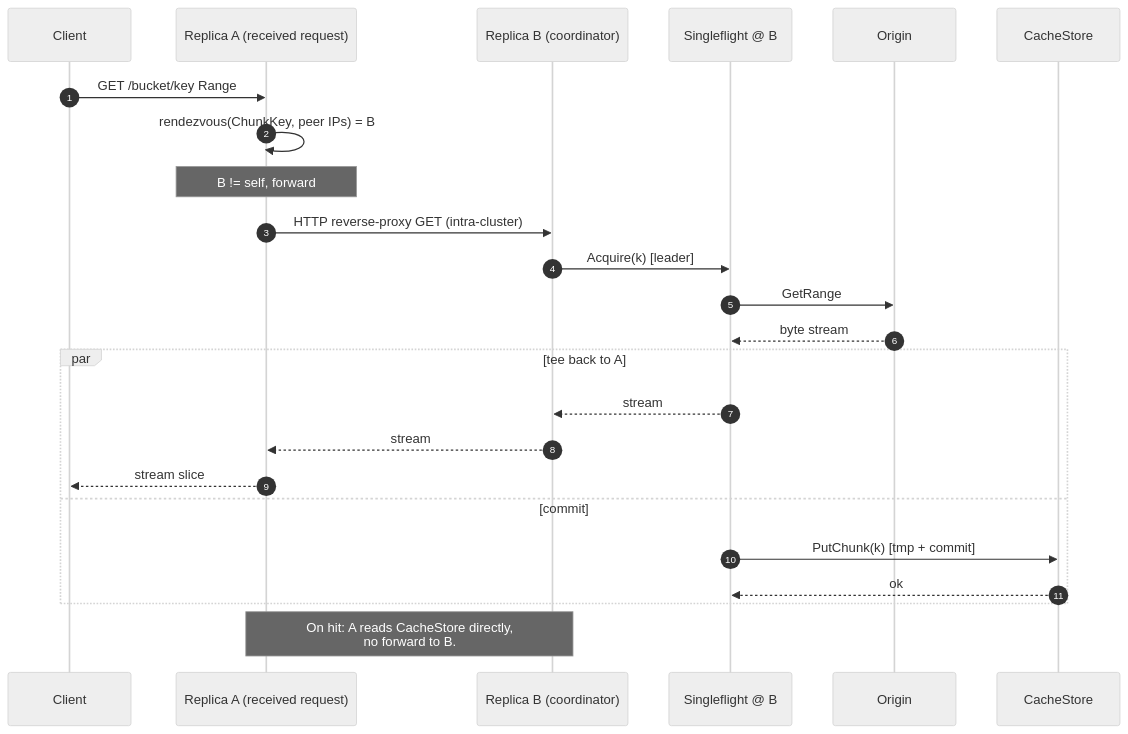
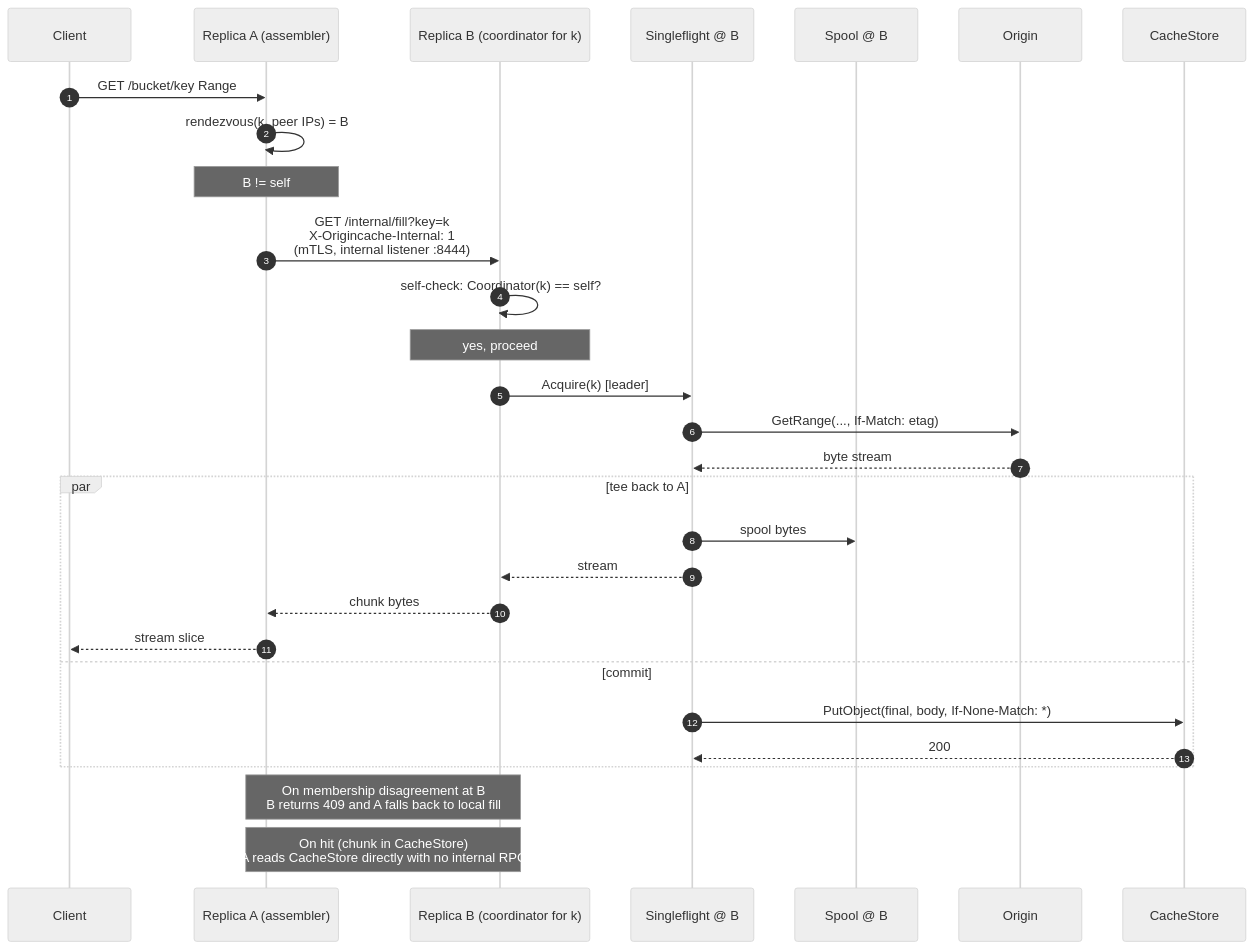
One commit to Azure/unbounded changed the sixth of 11 diagrams in designdocs/origincache/design.md. Above: the diagram before and after it, drawn with Mermaid (neutral theme). The commit also changed other lines of this file, not shown here.

````diff
--- a/designdocs/origincache/design.md
+++ b/designdocs/origincache/design.md
@@ -326,26 +480,31 @@
 ```mermaid
 sequenceDiagram
     autonumber
     participant C as Client
-    participant A as Replica A (received request)
-    participant B as Replica B (coordinator)
+    participant A as Replica A (assembler)
+    participant B as Replica B (coordinator for k)
     participant SF as Singleflight @ B
+    participant Sp as Spool @ B
     participant O as Origin
     participant CS as CacheStore
     C->>A: GET /bucket/key Range
-    A->>A: rendezvous(ChunkKey, peer IPs) = B
-    Note over A: B != self, forward
-    A->>B: HTTP reverse-proxy GET (intra-cluster)
+    A->>A: rendezvous(k, peer IPs) = B
+    Note over A: B != self
+    A->>B: GET /internal/fill?key=k<br/>X-Origincache-Internal: 1<br/>(mTLS, internal listener :8444)
+    B->>B: self-check: Coordinator(k) == self?
+    Note over B: yes, proceed
     B->>SF: Acquire(k) [leader]
-    SF->>O: GetRange
+    SF->>O: GetRange(..., If-Match: etag)
     O-->>SF: byte stream
     par tee back to A
+        SF->>Sp: spool bytes
         SF-->>B: stream
-        B-->>A: stream
+        B-->>A: chunk bytes
         A-->>C: stream slice
     and commit
-        SF->>CS: PutChunk(k) [tmp + commit]
-        CS-->>SF: ok
+        SF->>CS: PutObject(final, body, If-None-Match: *)
+        CS-->>SF: 200
     end
-    Note over A,B: On hit: A reads CacheStore directly,<br/>no forward to B.
+    Note over A,B: On membership disagreement at B<br/>B returns 409 and A falls back to local fill
+    Note over A,B: On hit (chunk in CacheStore)<br/>A reads CacheStore directly with no internal RPC
 ```
````
